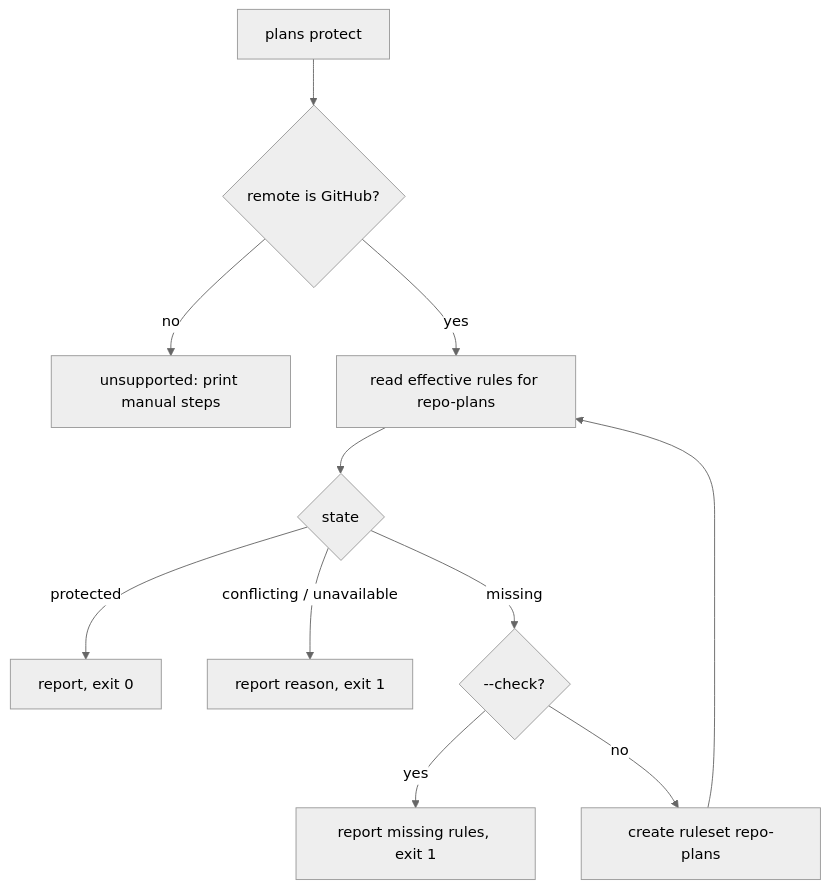
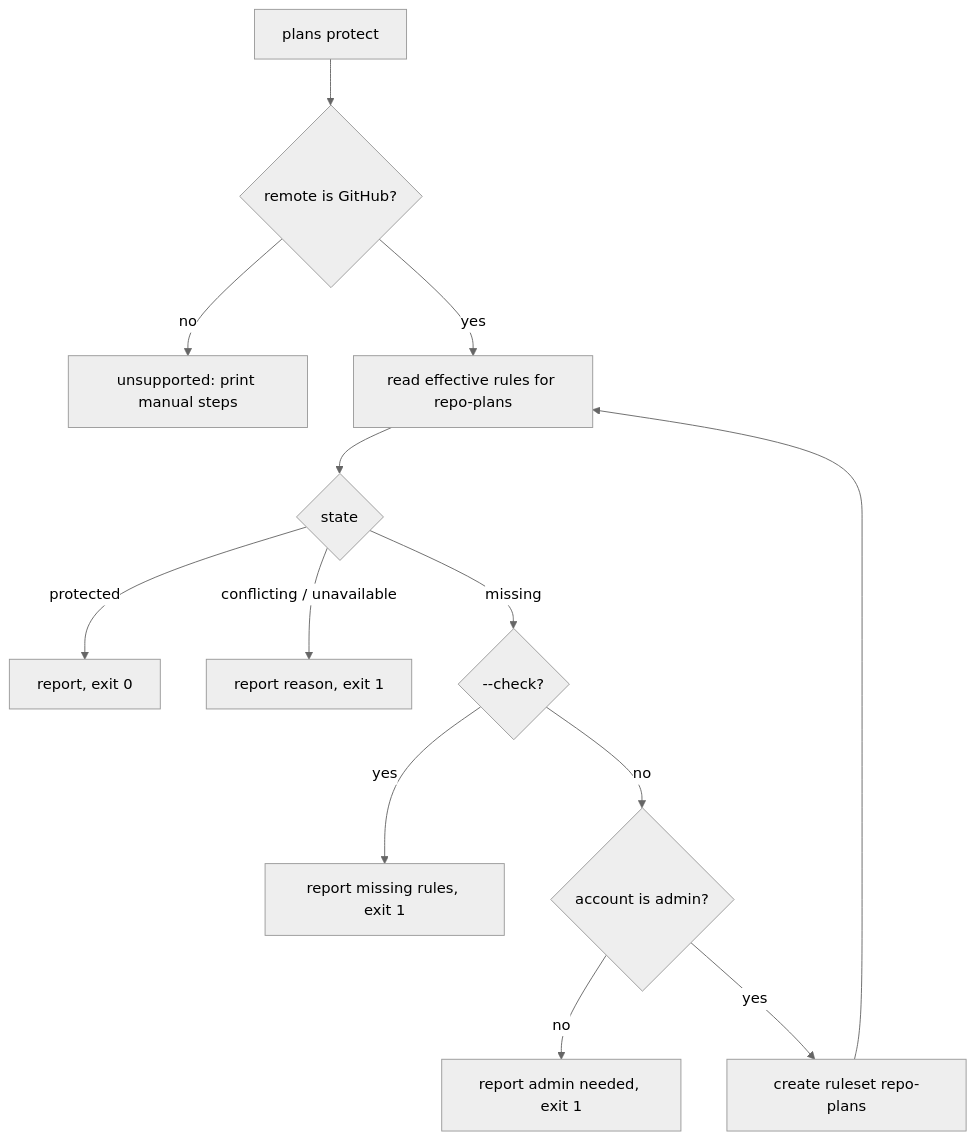
Before and after one commit to kirinmurphy/roborepo-alpha: the diagram in plans/backlog/plans-store-branch-protection.md, drawn with Mermaid (neutral theme). The commit also changed other lines of this file, not shown here.

Commit message:
Update plan plans-store-branch-protection

````diff
--- a/plans/backlog/plans-store-branch-protection.md
+++ b/plans/backlog/plans-store-branch-protection.md
@@ -119,12 +119,14 @@
 ```mermaid
 flowchart TD
   A[plans protect] --> B{remote is GitHub?}
   B -- no --> U[unsupported: print manual steps]
   B -- yes --> C[read effective rules for repo-plans]
   C --> D{state}
   D -- protected --> P[report, exit 0]
   D -- conflicting / unavailable --> R[report reason, exit 1]
   D -- missing --> E{--check?}
   E -- yes --> M[report missing rules, exit 1]
-  E -- no --> F[create ruleset repo-plans] --> C
+  E -- no --> G{account is admin?}
+  G -- no --> N[report admin needed, exit 1]
+  G -- yes --> F[create ruleset repo-plans] --> C
 ```
````
